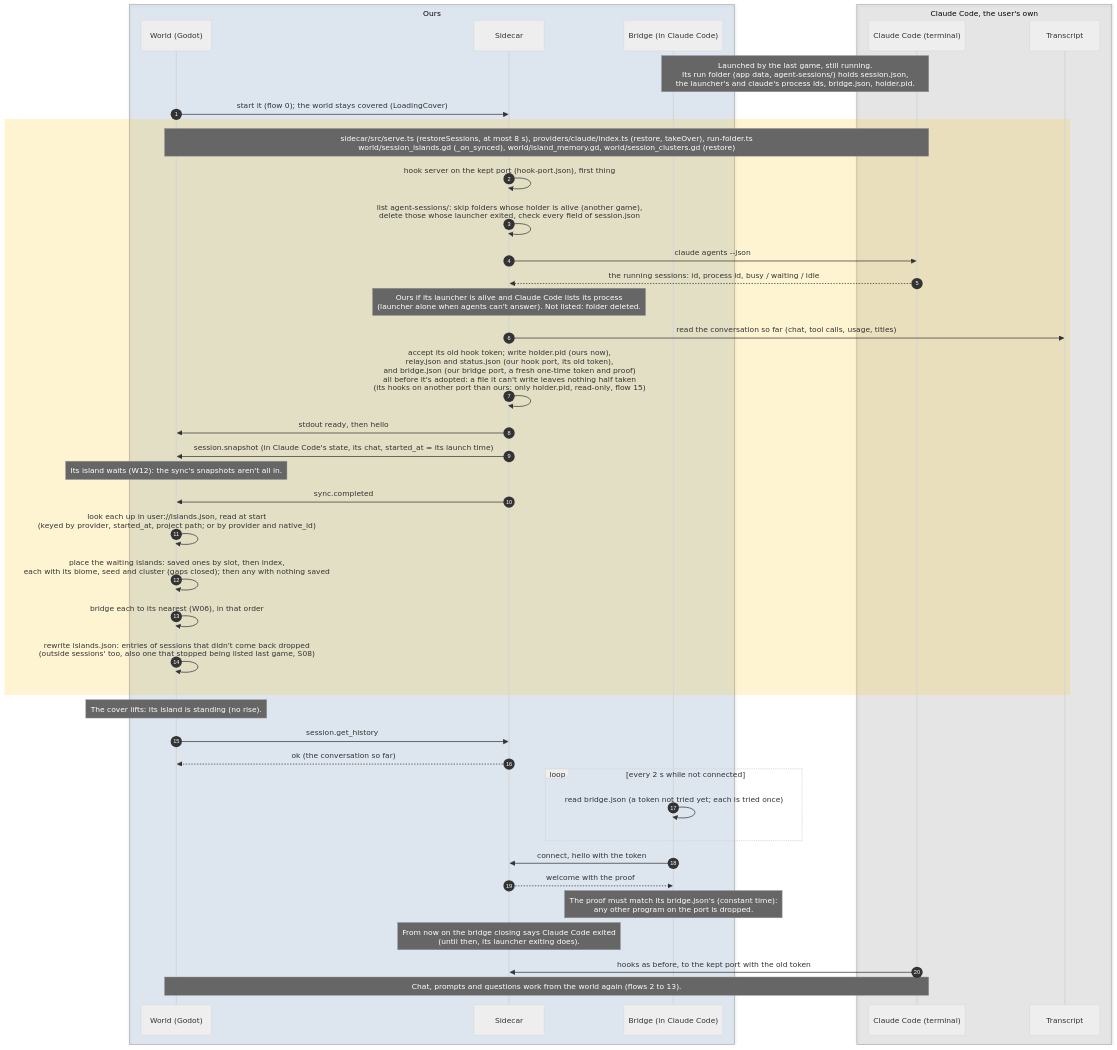
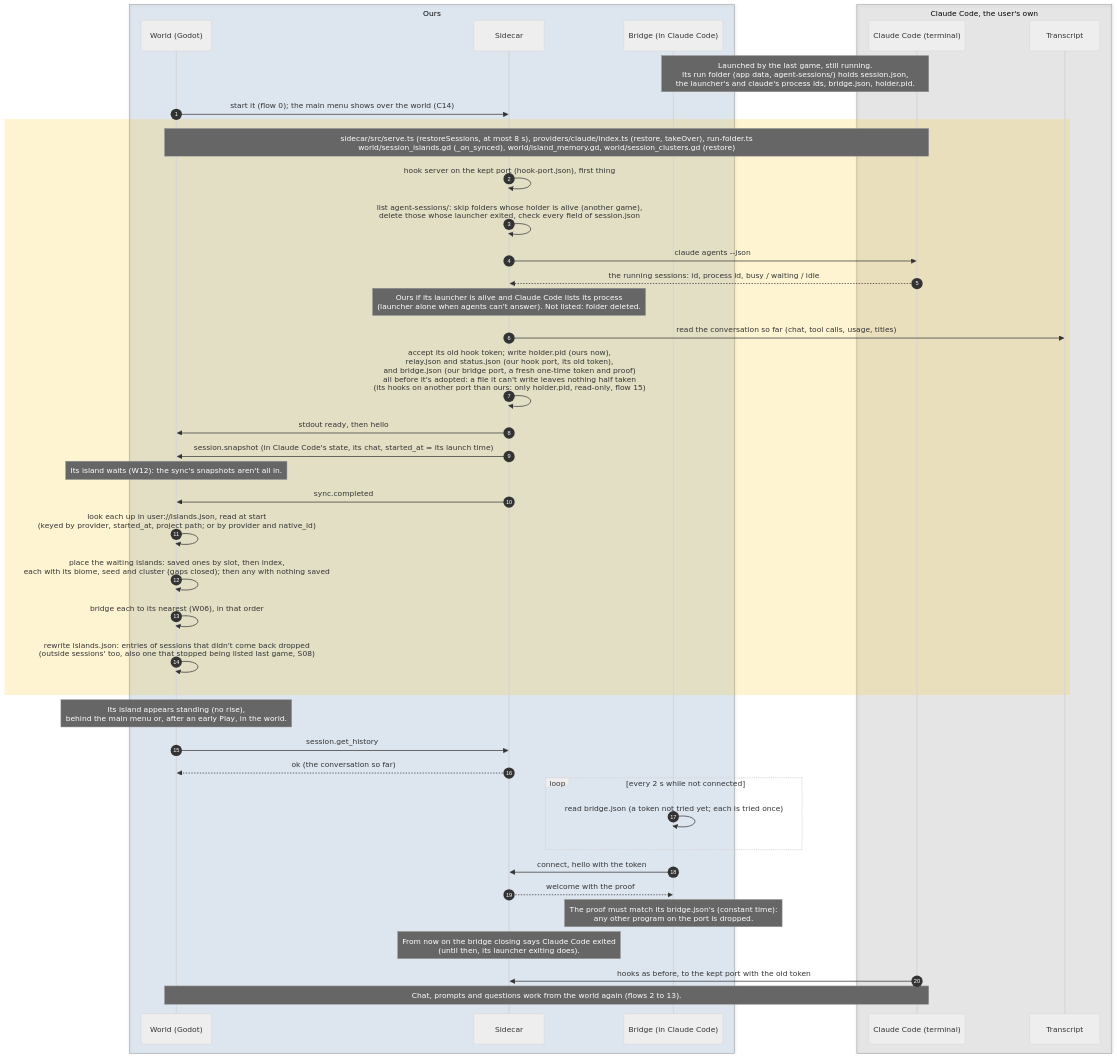
Before and after one commit to PaoloPortugal/The-Beach: the diagram in docs/diagrams/sequence/14-reattach-after-restart.md, drawn with Mermaid (neutral theme). The commit also changed other lines of this file and 6 other files, not shown here.

Commit message:
Docs: C14 built; C13 Main menu button, S07 cover replaced by the main menu (NOTES, GUIDE, flows 0 and 14, codename list, Current focus); dev log; live checklist for C14

````diff
--- a/docs/diagrams/sequence/14-reattach-after-restart.md
+++ b/docs/diagrams/sequence/14-reattach-after-restart.md
@@ -8,48 +8,48 @@
 ```mermaid
 sequenceDiagram
     autonumber
 
     box rgba(47,111,191,0.12) Ours
         participant World as World (Godot)
         participant Sidecar
         participant Bridge as Bridge (in Claude Code)
     end
 
     box rgba(128,128,128,0.14) Claude Code, the user's own
         participant Claude as Claude Code (terminal)
         participant Log as Transcript
     end
 
     Note over Claude,Bridge: Launched by the last game, still running.<br/>Its run folder (app data, agent-sessions/) holds session.json,<br/>the launcher's and claude's process ids, bridge.json, holder.pid.
-    World->>Sidecar: start it (flow 0)#59; the world stays covered (LoadingCover)
+    World->>Sidecar: start it (flow 0)#59; the main menu shows over the world (C14)
     rect rgba(255,193,7,0.18)
         Note over World,Claude: sidecar/src/serve.ts (restoreSessions, at most 8 s), providers/claude/index.ts (restore, takeOver), run-folder.ts<br/>world/session_islands.gd (_on_synced), world/island_memory.gd, world/session_clusters.gd (restore)
         Sidecar->>Sidecar: hook server on the kept port (hook-port.json), first thing
         Sidecar->>Sidecar: list agent-sessions/: skip folders whose holder is alive (another game),<br/>delete those whose launcher exited, check every field of session.json
         Sidecar->>Claude: claude agents --json
         Claude-->>Sidecar: the running sessions: id, process id, busy / waiting / idle
         Note over Sidecar: Ours if its launcher is alive and Claude Code lists its process<br/>(launcher alone when agents can't answer). Not listed: folder deleted.
         Sidecar->>Log: read the conversation so far (chat, tool calls, usage, titles)
         Sidecar->>Sidecar: accept its old hook token#59; write holder.pid (ours now),<br/>relay.json and status.json (our hook port, its old token),<br/>and bridge.json (our bridge port, a fresh one-time token and proof)<br/>all before it's adopted: a file it can't write leaves nothing half taken<br/>(its hooks on another port than ours: only holder.pid, read-only, flow 15)
         Sidecar->>World: stdout ready, then hello
         Sidecar->>World: session.snapshot (in Claude Code's state, its chat, started_at = its launch time)
         Note over World: Its island waits (W12): the sync's snapshots aren't all in.
         Sidecar->>World: sync.completed
         World->>World: look each up in user://islands.json, read at start<br/>(keyed by provider, started_at, project path#59; or by provider and native_id)
         World->>World: place the waiting islands: saved ones by slot, then index,<br/>each with its biome, seed and cluster (gaps closed)#59; then any with nothing saved
         World->>World: bridge each to its nearest (W06), in that order
         World->>World: rewrite islands.json: entries of sessions that didn't come back dropped<br/>(outside sessions' too, also one that stopped being listed last game, S08)
     end
-    Note over World: The cover lifts: its island is standing (no rise).
+    Note over World: Its island appears standing (no rise),<br/>behind the main menu or, after an early Play, in the world.
     World->>Sidecar: session.get_history
     Sidecar-->>World: ok (the conversation so far)
     loop every 2 s while not connected
         Bridge->>Bridge: read bridge.json (a token not tried yet#59; each is tried once)
     end
     Bridge->>Sidecar: connect, hello with the token
     Sidecar-->>Bridge: welcome with the proof
     Note over Bridge: The proof must match its bridge.json's (constant time):<br/>any other program on the port is dropped.
     Note over Sidecar: From now on the bridge closing says Claude Code exited<br/>(until then, its launcher exiting does).
     Claude->>Sidecar: hooks as before, to the kept port with the old token
     Note over World,Claude: Chat, prompts and questions work from the world again (flows 2 to 13).
 ```
````
